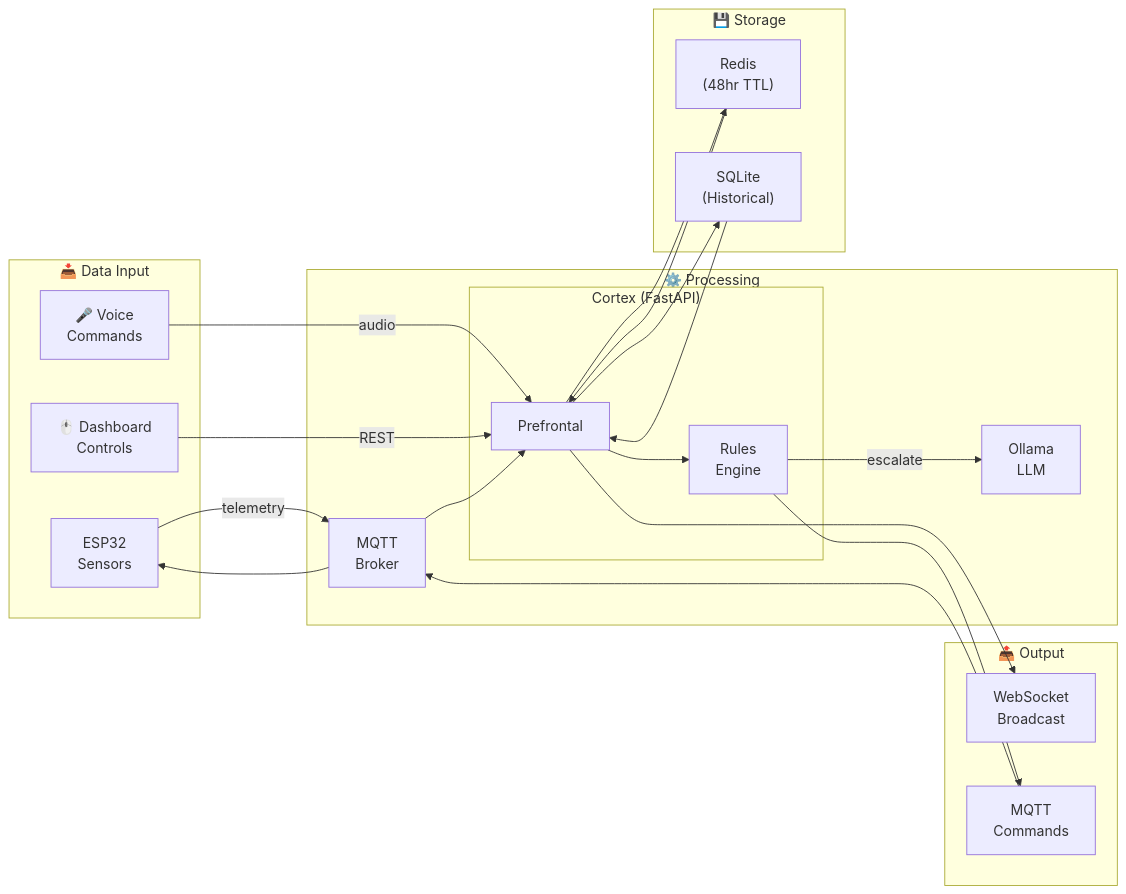
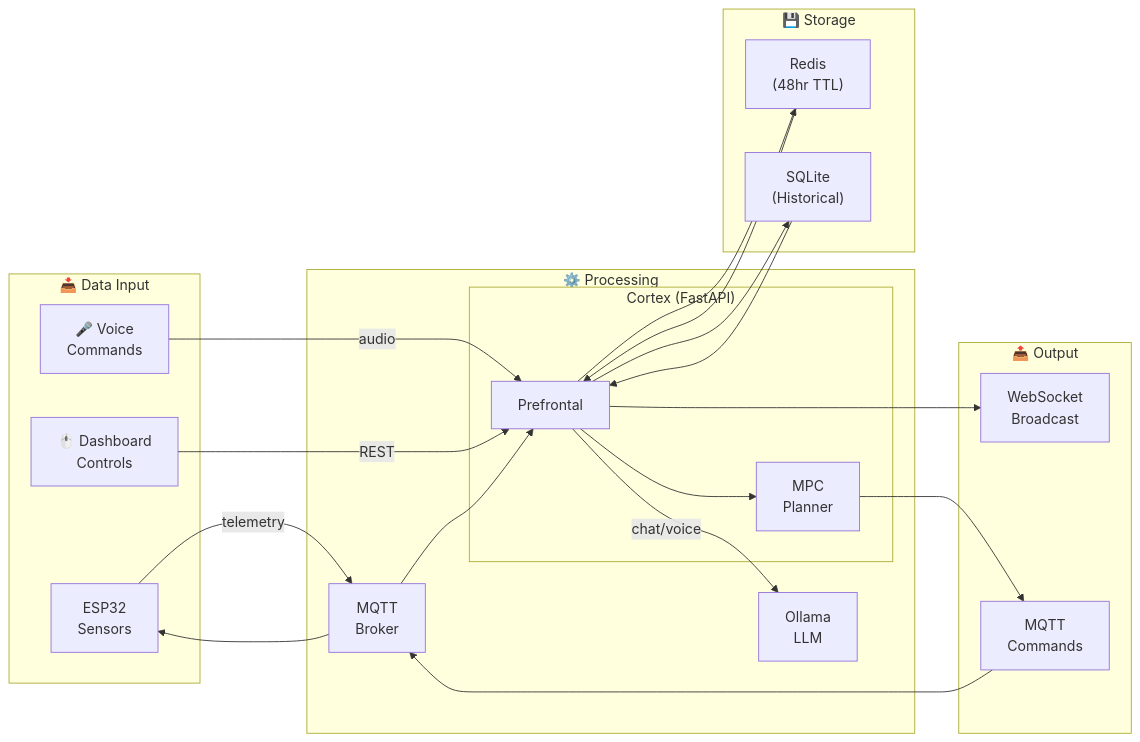
Before and after one commit to curtisblanchette/my-esp32-project: the second of 7 diagrams in README.md, drawn with Mermaid. The commit also changed other lines of this file and 82 other files, not shown here.

First line of the commit message:
refactor(cortex): pivot from rules engine to MPC-only control plane

````diff
--- a/README.md
+++ b/README.md
@@ -86,44 +83,44 @@
 ```mermaid
 flowchart LR
     subgraph Input["📥 Data Input"]
         ESP32["ESP32<br/>Sensors"]
         Voice["🎤 Voice<br/>Commands"]
         UI["🖱️ Dashboard<br/>Controls"]
     end
 
     subgraph Processing["⚙️ Processing"]
         MQTT["MQTT<br/>Broker"]
         subgraph Cortex["Cortex (FastAPI)"]
             Prefrontal["Prefrontal"]
-            Rules["Rules<br/>Engine"]
+            MPC["MPC<br/>Planner"]
         end
         LLM["Ollama<br/>LLM"]
     end
 
     subgraph Storage["💾 Storage"]
         Redis["Redis<br/>(48hr TTL)"]
         SQLite["SQLite<br/>(Historical)"]
     end
 
     subgraph Output["📤 Output"]
         WS["WebSocket<br/>Broadcast"]
         Commands["MQTT<br/>Commands"]
     end
 
     ESP32 -->|telemetry| MQTT
     Voice -->|audio| Prefrontal
     UI -->|REST| Prefrontal
 
     MQTT --> Prefrontal
-    Prefrontal --> Rules
+    Prefrontal --> MPC
     Prefrontal --> Redis
     Prefrontal --> SQLite
-    Rules -->|escalate| LLM
-    Rules --> Commands
+    MPC --> Commands
+    Prefrontal -->|chat/voice| LLM
 
     Redis --> Prefrontal
     SQLite --> Prefrontal
     Prefrontal --> WS
     Commands --> MQTT
     MQTT --> ESP32
 ```
````
